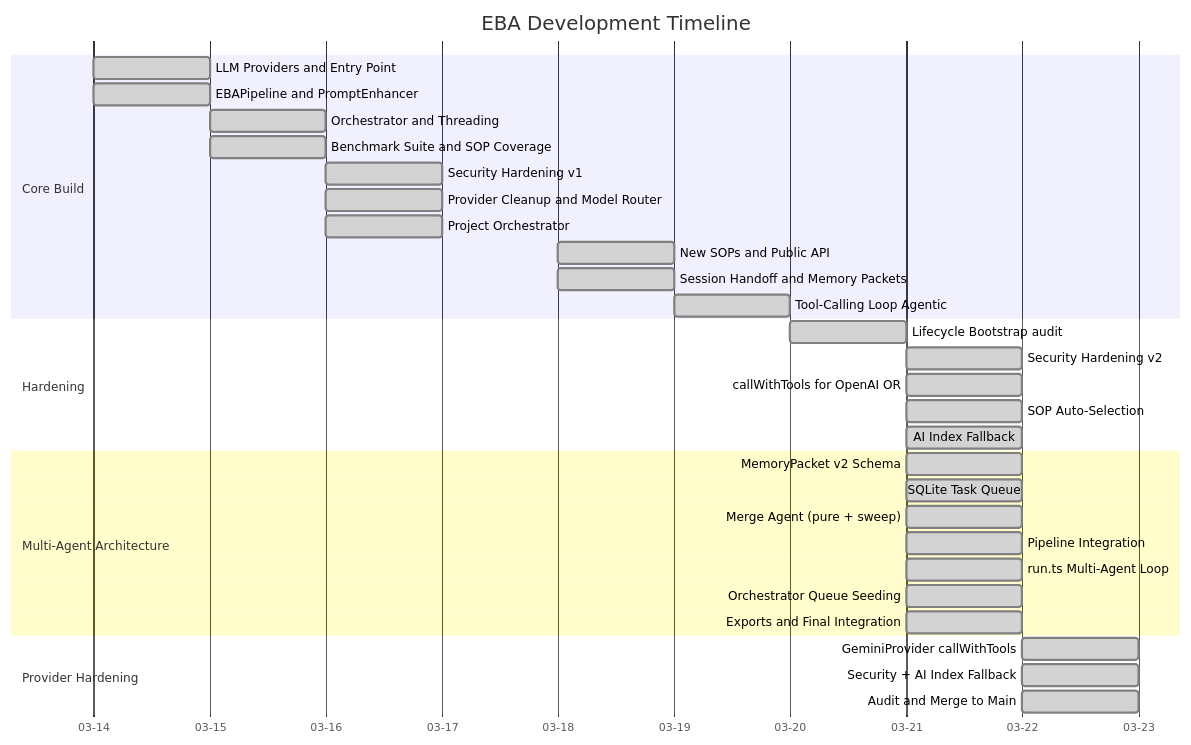
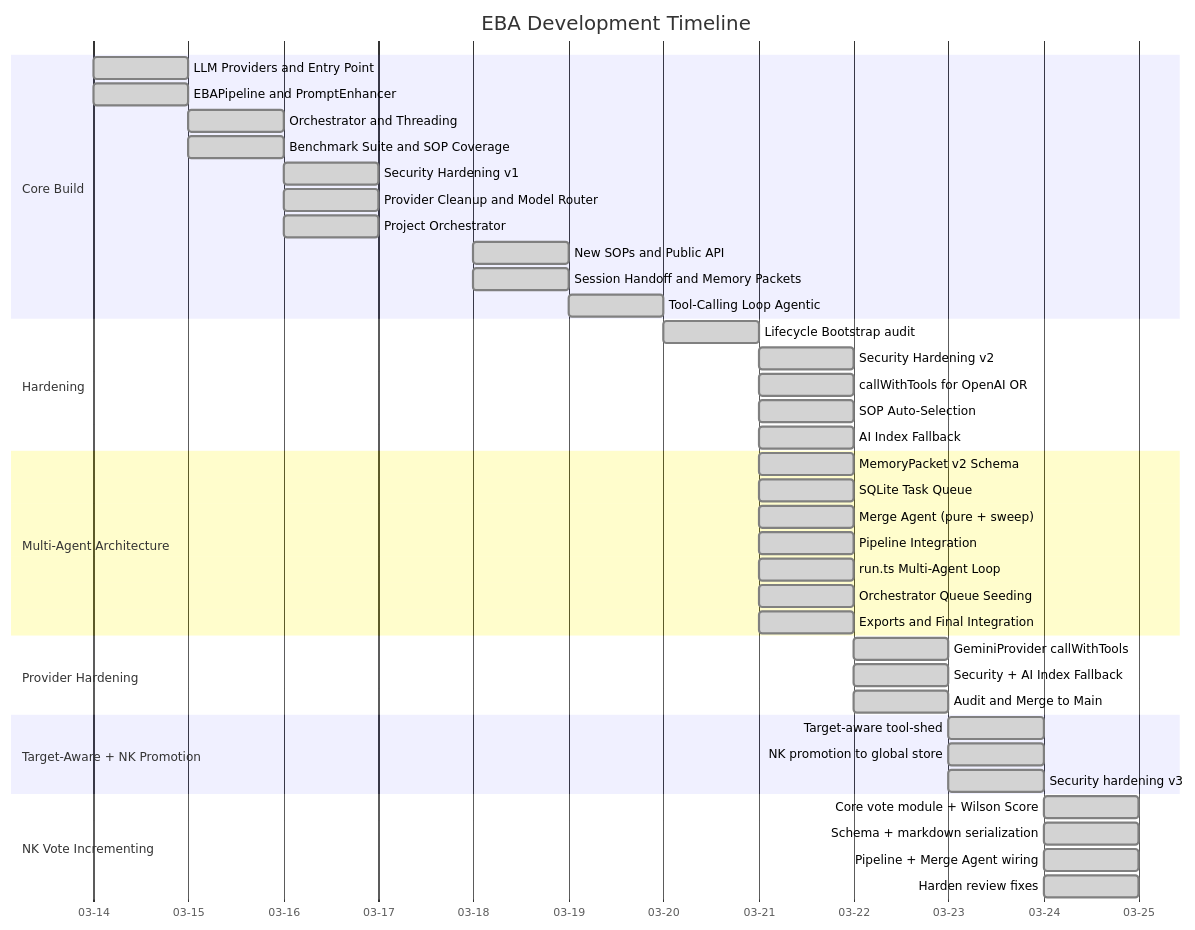
Before and after one commit to Cameron-Fulton/eba: the third of 3 diagrams in lifecycle/project-summary.md, drawn with Mermaid. The commit also changed other lines of this file and 3 other files, not shown here.

First line of the commit message:
chore: /harden passed — NK vote incrementing

````diff
--- a/lifecycle/project-summary.md
+++ b/lifecycle/project-summary.md
@@ -232,39 +239,50 @@
 ```mermaid
 gantt
     title EBA Development Timeline
     dateFormat YYYY-MM-DD
     axisFormat %m-%d
 
     section Core Build
     LLM Providers and Entry Point      :done, p1a, 2026-03-14, 1d
     EBAPipeline and PromptEnhancer     :done, p1b, 2026-03-14, 1d
     Orchestrator and Threading         :done, p1c, 2026-03-15, 1d
     Benchmark Suite and SOP Coverage   :done, p2a, 2026-03-15, 1d
     Security Hardening v1              :done, p2b, 2026-03-16, 1d
     Provider Cleanup and Model Router  :done, p2c, 2026-03-16, 1d
     Project Orchestrator               :done, p2d, 2026-03-16, 1d
     New SOPs and Public API            :done, p3a, 2026-03-18, 1d
     Session Handoff and Memory Packets :done, p3b, 2026-03-18, 1d
     Tool-Calling Loop Agentic          :done, p4a, 2026-03-19, 1d
 
     section Hardening
     Lifecycle Bootstrap audit          :done, h1, 2026-03-20, 1d
     Security Hardening v2              :done, h2, 2026-03-21, 1d
     callWithTools for OpenAI OR        :done, h3, 2026-03-21, 1d
     SOP Auto-Selection                 :done, h4, 2026-03-21, 1d
     AI Index Fallback                  :done, h5, 2026-03-21, 1d
 
     section Multi-Agent Architecture
     MemoryPacket v2 Schema             :done, ma1, 2026-03-21, 1d
     SQLite Task Queue                  :done, ma2, 2026-03-21, 1d
     Merge Agent (pure + sweep)         :done, ma3, 2026-03-21, 1d
     Pipeline Integration               :done, ma4, 2026-03-21, 1d
     run.ts Multi-Agent Loop            :done, ma5, 2026-03-21, 1d
     Orchestrator Queue Seeding         :done, ma6, 2026-03-21, 1d
     Exports and Final Integration      :done, ma7, 2026-03-21, 1d
 
     section Provider Hardening
     GeminiProvider callWithTools       :done, ph1, 2026-03-22, 1d
     Security + AI Index Fallback       :done, ph2, 2026-03-22, 1d
     Audit and Merge to Main            :done, ph3, 2026-03-22, 1d
+
+    section Target-Aware + NK Promotion
+    Target-aware tool-shed             :done, ta1, 2026-03-23, 1d
+    NK promotion to global store       :done, ta2, 2026-03-23, 1d
+    Security hardening v3              :done, ta3, 2026-03-23, 1d
+
+    section NK Vote Incrementing
+    Core vote module + Wilson Score    :done, nk1, 2026-03-24, 1d
+    Schema + markdown serialization    :done, nk2, 2026-03-24, 1d
+    Pipeline + Merge Agent wiring      :done, nk3, 2026-03-24, 1d
+    Harden review fixes                :done, nk4, 2026-03-24, 1d
 ```
````
